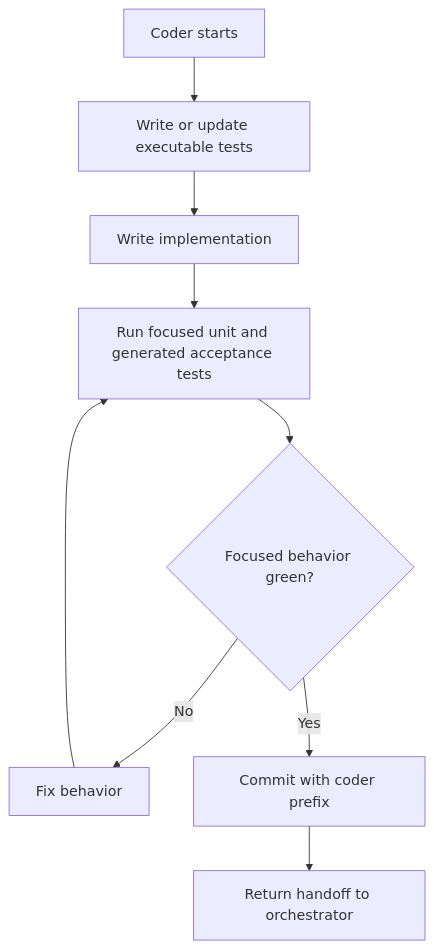
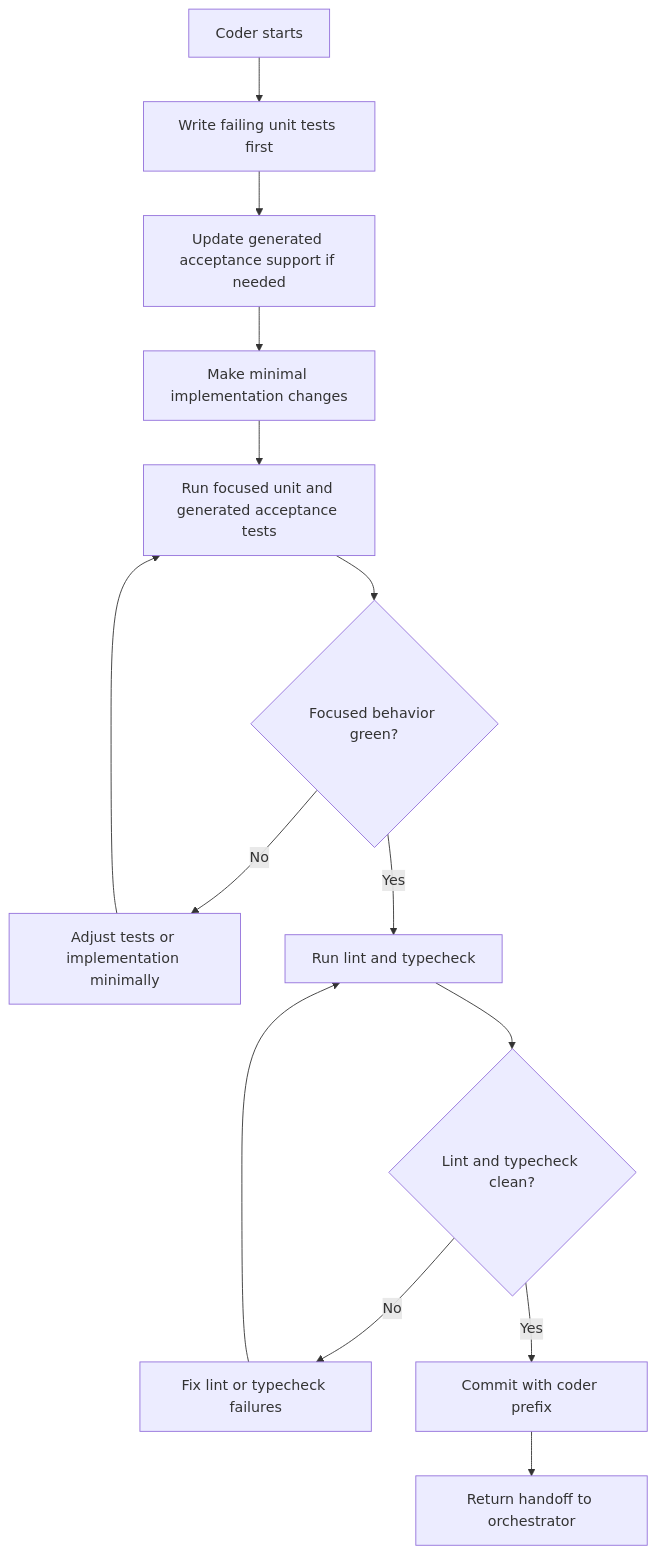
The diagram in docs/agents/loops/coder.md (joesobo/CodeGraphyV4), drawn with Mermaid before and after one commit. The commit also changed other lines of this file and 3 other files, not shown here.

````diff
--- a/docs/agents/loops/coder.md
+++ b/docs/agents/loops/coder.md
@@ -29,11 +31,16 @@
 ```mermaid
 flowchart TD
-    Start["Coder starts"] --> Tests["Write or update executable tests"]
-    Tests --> Code["Write implementation"]
+    Start["Coder starts"] --> Tests["Write failing unit tests first"]
+    Tests --> Accept["Update generated acceptance support if needed"]
+    Accept --> Code["Make minimal implementation changes"]
     Code --> Run["Run focused unit and generated acceptance tests"]
     Run --> Green{"Focused behavior green?"}
-    Green -->|No| Fix["Fix behavior"]
+    Green -->|No| Fix["Adjust tests or implementation minimally"]
     Fix --> Run
-    Green -->|Yes| Commit["Commit with coder prefix"]
+    Green -->|Yes| Checks["Run lint and typecheck"]
+    Checks --> Clean{"Lint and typecheck clean?"}
+    Clean -->|No| FixChecks["Fix lint or typecheck failures"]
+    FixChecks --> Checks
+    Clean -->|Yes| Commit["Commit with coder prefix"]
     Commit --> Done["Return handoff to orchestrator"]
 ```
````
